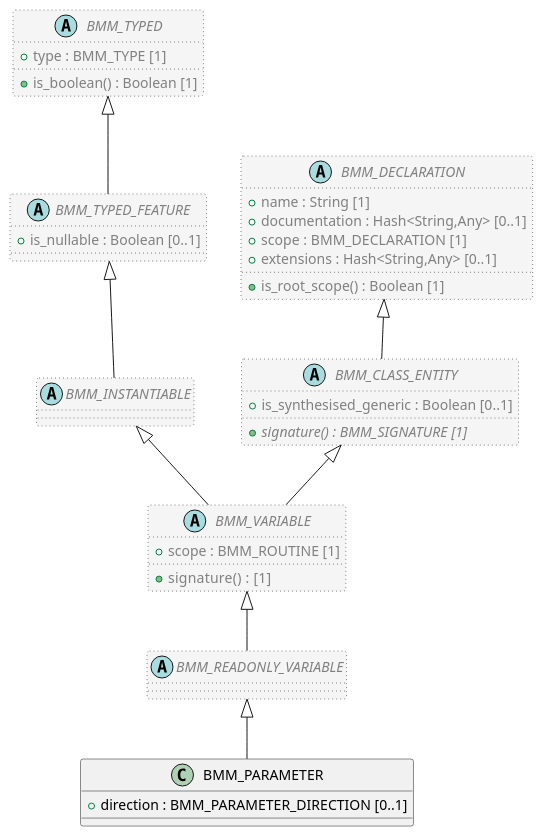
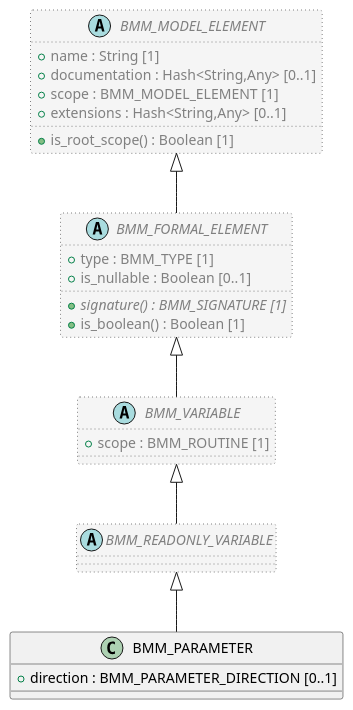
Before and after one commit to sebastian-iancu/code-generator: the diagram in code/Adoc/openehr_lang_1.1.0/plantUML/classes/org.openehr.lang.bmm.bmm_parameter.adoc, drawn with PlantUML. The commit also changed 719 other files, not shown here.

```diff
--- a/code/Adoc/openehr_lang_1.1.0/plantUML/classes/org.openehr.lang.bmm.bmm_parameter.adoc
+++ b/code/Adoc/openehr_lang_1.1.0/plantUML/classes/org.openehr.lang.bmm.bmm_parameter.adoc
@@ -1,58 +1,41 @@
 [plantuml,BMM_PARAMETER,format=svg,svg-type="inline"]
 -----
 @startuml
 
 class BMM_PARAMETER {
   + direction : BMM_PARAMETER_DIRECTION [0..1]
 }
 
 abstract class BMM_READONLY_VARIABLE  #whitesmoke;line:gray;line.dotted;text:gray {
 }
 
 abstract class BMM_VARIABLE  #whitesmoke;line:gray;line.dotted;text:gray {
   + scope : BMM_ROUTINE [1]
-  + signature() :  [1]
 }
 
-abstract class BMM_INSTANTIABLE  #whitesmoke;line:gray;line.dotted;text:gray {
-}
-
-abstract class BMM_TYPED_FEATURE  #whitesmoke;line:gray;line.dotted;text:gray {
+abstract class BMM_FORMAL_ELEMENT  #whitesmoke;line:gray;line.dotted;text:gray {
+  + type : BMM_TYPE [1]
   + is_nullable : Boolean [0..1]
-}
-
-abstract class BMM_TYPED  #whitesmoke;line:gray;line.dotted;text:gray {
-  + type : BMM_TYPE [1]
+  + {abstract} signature() : BMM_SIGNATURE [1]
   + is_boolean() : Boolean [1]
 }
 
-BMM_TYPED <|-- BMM_TYPED_FEATURE
-
-BMM_TYPED_FEATURE <|-- BMM_INSTANTIABLE
-
-BMM_INSTANTIABLE <|-- BMM_VARIABLE
-
-abstract class BMM_CLASS_ENTITY  #whitesmoke;line:gray;line.dotted;text:gray {
-  + is_synthesised_generic : Boolean [0..1]
-  + {abstract} signature() : BMM_SIGNATURE [1]
-}
-
-abstract class BMM_DECLARATION  #whitesmoke;line:gray;line.dotted;text:gray {
+abstract class BMM_MODEL_ELEMENT  #whitesmoke;line:gray;line.dotted;text:gray {
   + name : String [1]
   + documentation : Hash<String,Any> [0..1]
-  + scope : BMM_DECLARATION [1]
+  + scope : BMM_MODEL_ELEMENT [1]
   + extensions : Hash<String,Any> [0..1]
   + is_root_scope() : Boolean [1]
 }
 
-BMM_DECLARATION <|-- BMM_CLASS_ENTITY
+BMM_MODEL_ELEMENT <|-- BMM_FORMAL_ELEMENT
 
-BMM_CLASS_ENTITY <|-- BMM_VARIABLE
+BMM_FORMAL_ELEMENT <|-- BMM_VARIABLE
 
 BMM_VARIABLE <|-- BMM_READONLY_VARIABLE
 
 BMM_READONLY_VARIABLE <|-- BMM_PARAMETER
 
 
 @enduml
 -----
```
